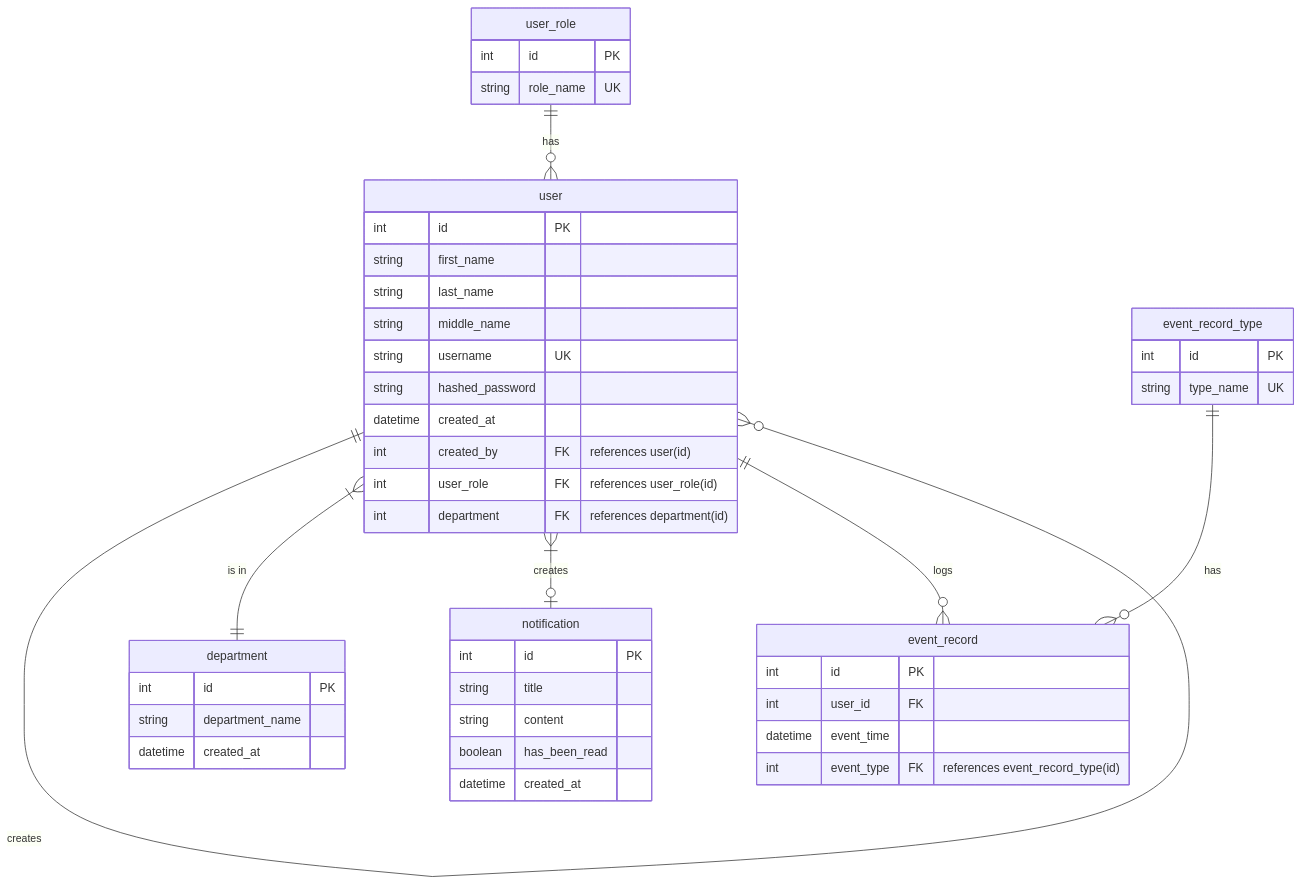
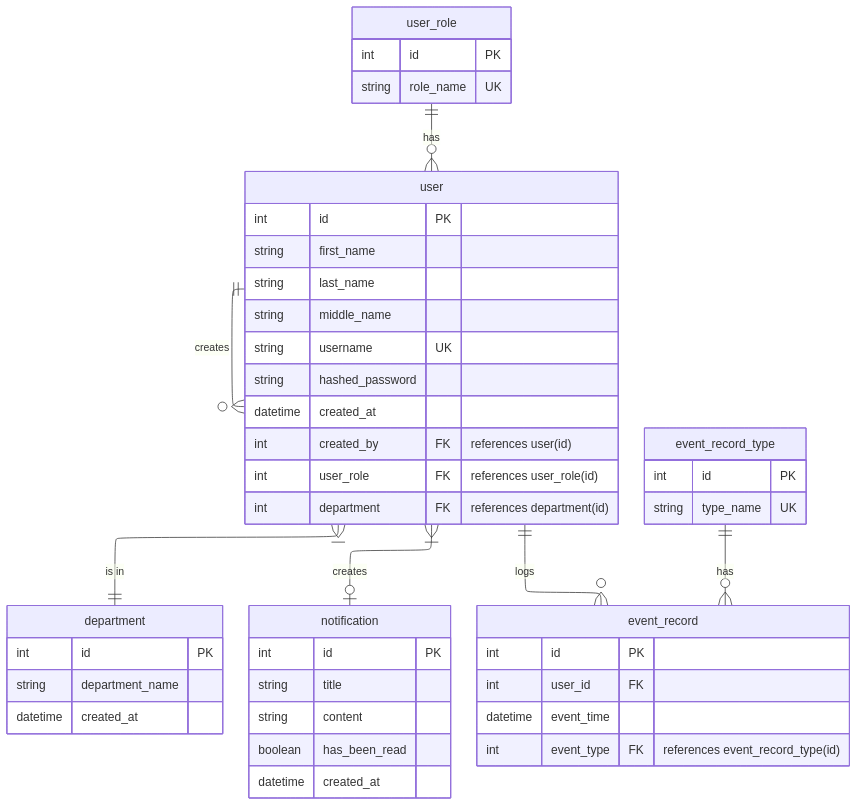
The first of 2 diagrams in README.md (TheoDrHashiriya/daily-time-record), drawn with Mermaid before and after one commit. The commit also changed other lines of this file, not shown here.

Commit message:
changed design pattern to MVCS, added better layout for the ERD, and added a flowchart for the MVCS flow

````diff
--- a/README.md
+++ b/README.md
@@ -19,53 +19,51 @@
 ```mermaid
+---
+config:
+  layout: elk
+---
 erDiagram
 department{
 int id PK
 string department_name
 datetime created_at
 }
-
 user_role{
 int id PK
 string role_name UK
 }
-
 user{
 int id PK
 string first_name
 string last_name
 string middle_name
 string username UK
 string hashed_password
 datetime created_at
 int created_by FK "references user(id)"
 int user_role FK "references user_role(id)"
 int department FK "references department(id)"
 }
-
 notification{
 int id PK
 string title
 string content
 boolean has_been_read
 datetime created_at
 }
-
 event_record_type{
 int id PK
 string type_name UK
 }
-
 event_record{
 int id PK
 int user_id FK
 datetime event_time
 int event_type FK "references event_record_type(id)"
 }
-
 user||--o{user:"creates"
 user_role||--o{user:"has"
 user}|--||department:"is in"
 user}|--o|notification:"creates"
 user||--o{event_record:"logs"
 event_record_type||--o{event_record:"has"
 ```
````
